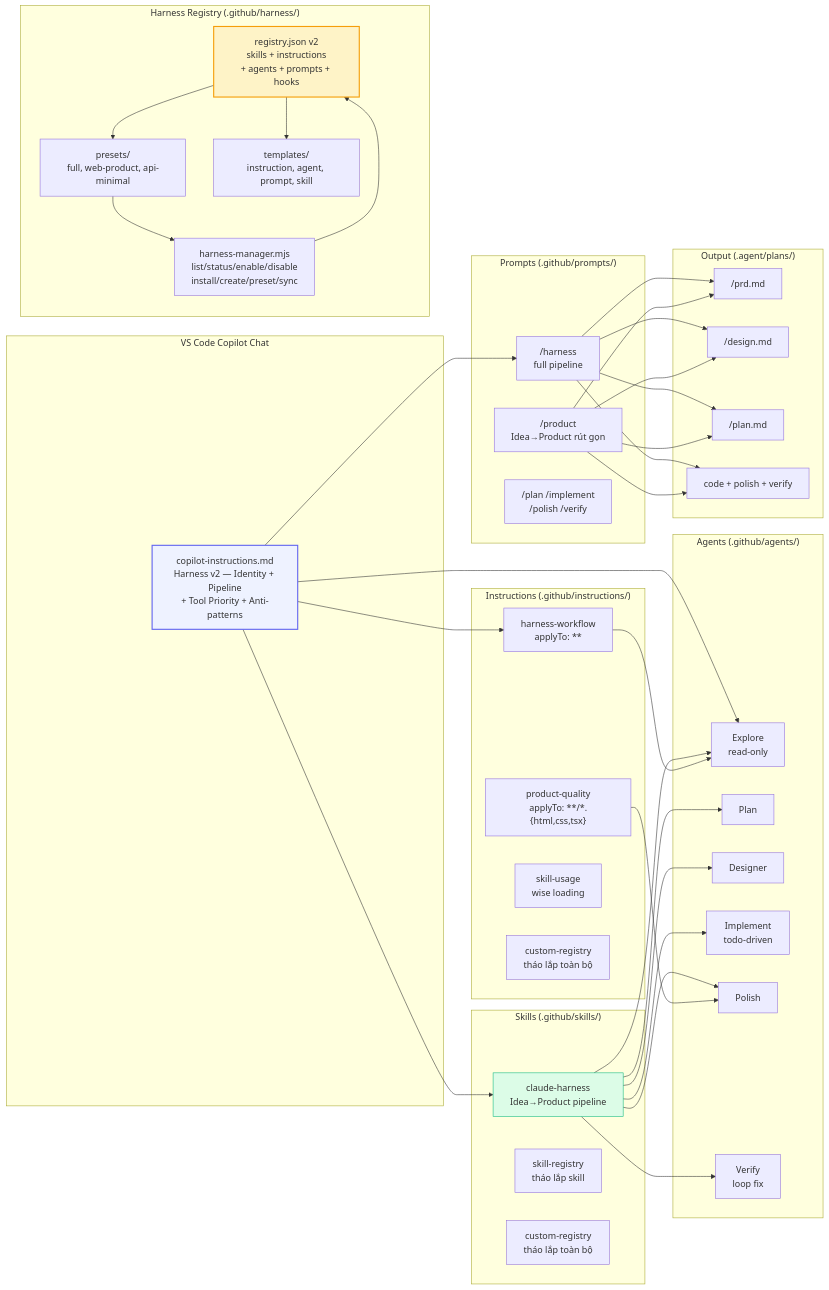
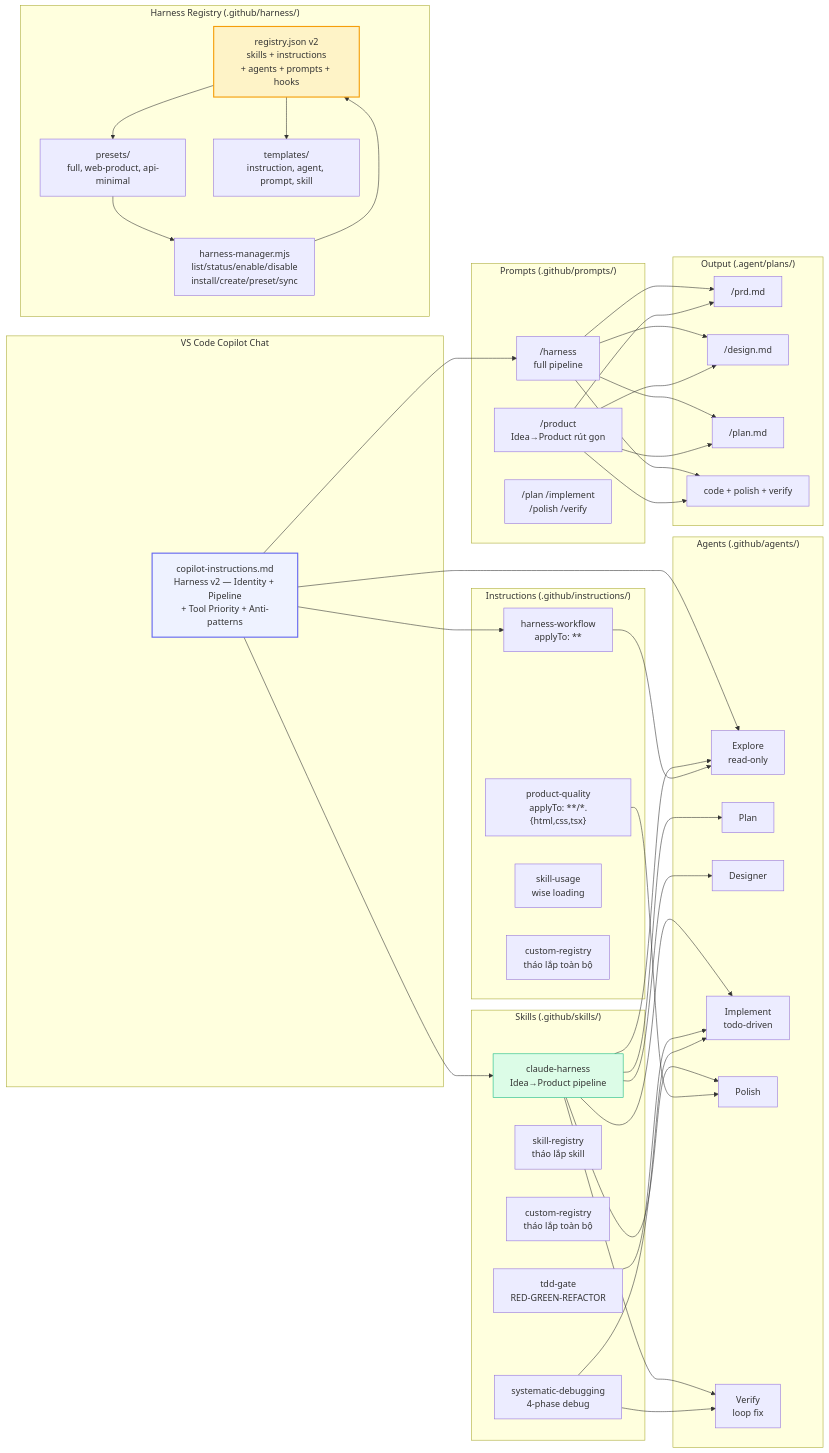
The third of 4 diagrams in docs/harness-flow.md (mrdanhdanh/CLAUDE_VS), drawn with Mermaid before and after one commit. The commit also changed other lines of this file and 11 other files, not shown here.

First line of the commit message:
feat: add tdd-gate and systematic-debugging skills (obra/superpowers adapted)

````diff
--- a/docs/harness-flow.md
+++ b/docs/harness-flow.md
@@ -113,62 +113,66 @@
 ```mermaid
 flowchart LR
     subgraph Chat["VS Code Copilot Chat"]
         A["copilot-instructions.md<br/>Harness v2 — Identity + Pipeline<br/>+ Tool Priority + Anti-patterns"]
     end
 
     subgraph Skills["Skills (.github/skills/)"]
         S1["claude-harness<br/>Idea→Product pipeline"]
         S2["skill-registry<br/>tháo lắp skill"]
         S3["custom-registry<br/>tháo lắp toàn bộ"]
+        S4["tdd-gate<br/>RED-GREEN-REFACTOR"]
+        S5["systematic-debugging<br/>4-phase debug"]
     end
 
     subgraph Instructions["Instructions (.github/instructions/)"]
         I1["harness-workflow<br/>applyTo: **"]
         I2["product-quality<br/>applyTo: **/*.{html,css,tsx}"]
         I3["skill-usage<br/>wise loading"]
         I4["custom-registry<br/>tháo lắp toàn bộ"]
     end
 
     subgraph Agents["Agents (.github/agents/)"]
         AG1["Explore<br/>read-only"]
         AG2["Plan"]
         AG3["Designer"]
         AG4["Implement<br/>todo-driven"]
         AG5["Polish"]
         AG6["Verify<br/>loop fix"]
     end
 
     subgraph Prompts["Prompts (.github/prompts/)"]
         P1["/harness<br/>full pipeline"]
         P2["/product<br/>Idea→Product rút gọn"]
         P3["/plan /implement<br/>/polish /verify"]
     end
 
     subgraph Registry["Harness Registry (.github/harness/)"]
         R["registry.json v2<br/>skills + instructions<br/>+ agents + prompts + hooks"]
         PR["presets/<br/>full, web-product, api-minimal"]
         TP["templates/<br/>instruction, agent, prompt, skill"]
         CLI["harness-manager.mjs<br/>list/status/enable/disable<br/>install/create/preset/sync"]
     end
 
     subgraph Output["Output (.agent/plans/)"]
         O1["<slug>/prd.md"]
         O2["<slug>/design.md"]
         O3["<slug>/plan.md"]
         O4["code + polish + verify"]
     end
 
     A --> S1 & I1 & AG1 & P1
     S1 --> AG1 & AG2 & AG3 & AG4 & AG5 & AG6
+    S4 --> AG4
+    S5 --> AG4 & AG6
     I1 --> AG1
     I2 --> AG5
     CLI --> R
     R --> PR & TP
     PR --> CLI
     P1 --> O1 & O2 & O3 & O4
     P2 --> O1 & O2 & O3 & O4
 
     style A fill:#eef2ff,stroke:#6366f1,stroke-width:2px
     style R fill:#fef3c7,stroke:#f59e0b,stroke-width:2px
     style S1 fill:#dcfce7,stroke:#10b981
 ```
````
